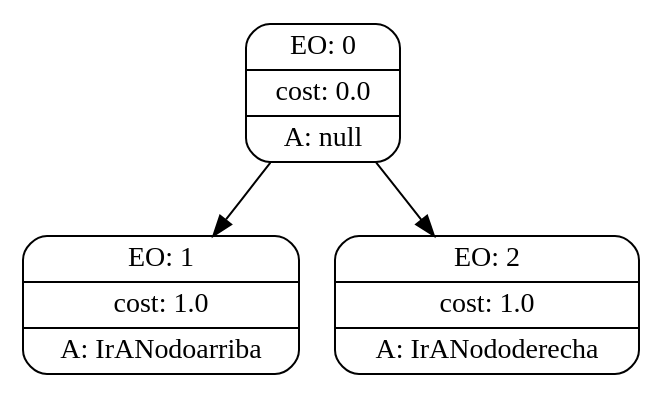
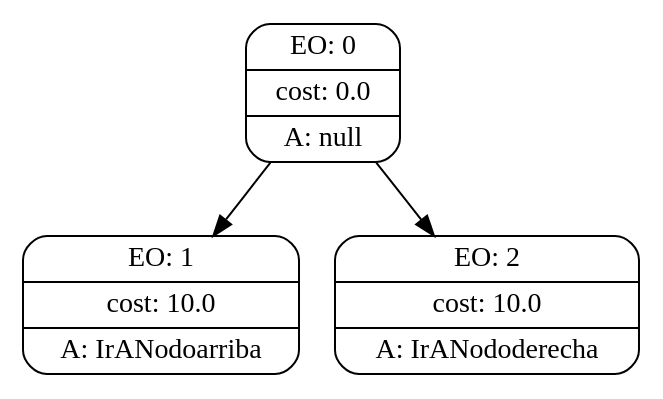
One commit to npadula/tp1-ia changed the diagram in tp1-ia/searchGVTrees/6.dot. Above: the diagram before and after it, drawn with Graphviz. The commit also changed 16 other files, not shown here.

```diff
--- a/tp1-ia/searchGVTrees/6.dot
+++ b/tp1-ia/searchGVTrees/6.dot
@@ -1,14 +1,14 @@
 digraph g {
 node [shape = Mrecord];
 nodo0[label="{EO: 0|cost: 0.0|A: null}"]
-nodo1[label="{EO: 1|cost: 1.0|A: IrANodoarriba
+nodo1[label="{EO: 1|cost: 10.0|A: IrANodoarriba
 }"]
 
 nodo0 -> nodo1;
-nodo2[label="{EO: 2|cost: 1.0|A: IrANododerecha
+nodo2[label="{EO: 2|cost: 10.0|A: IrANododerecha
 }"]
 
 nodo0 -> nodo2;
 
 
 }
```
